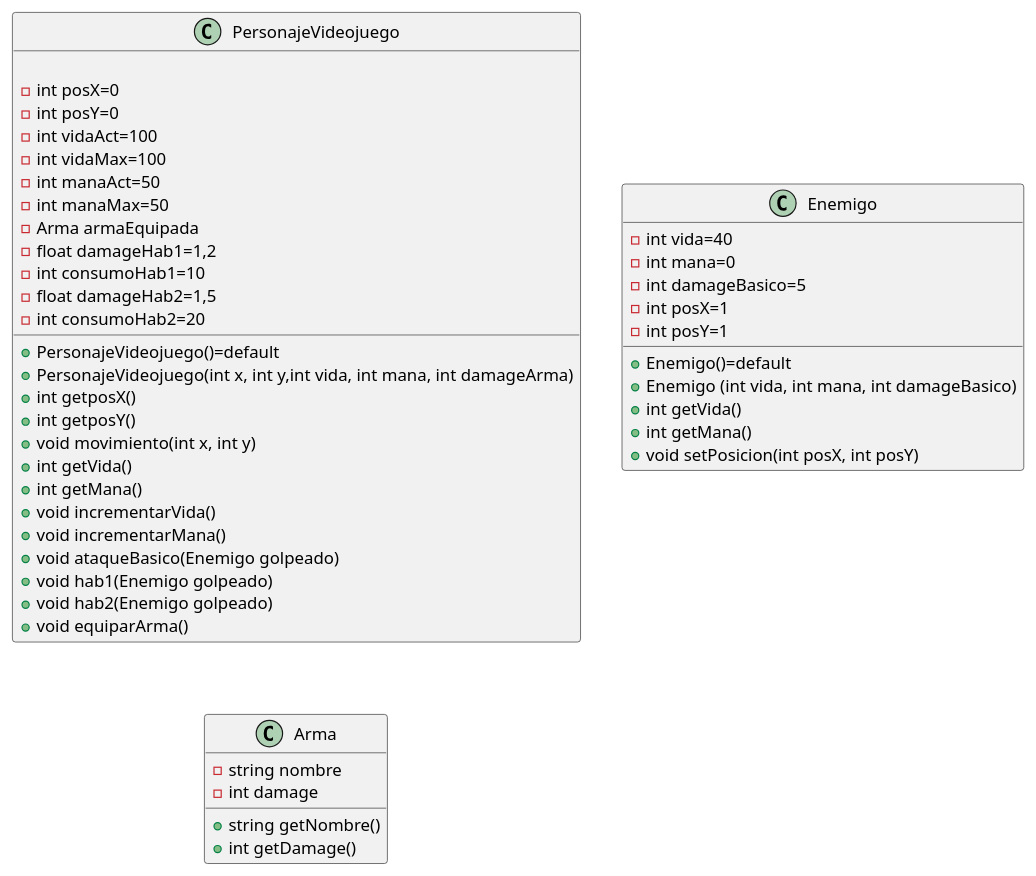
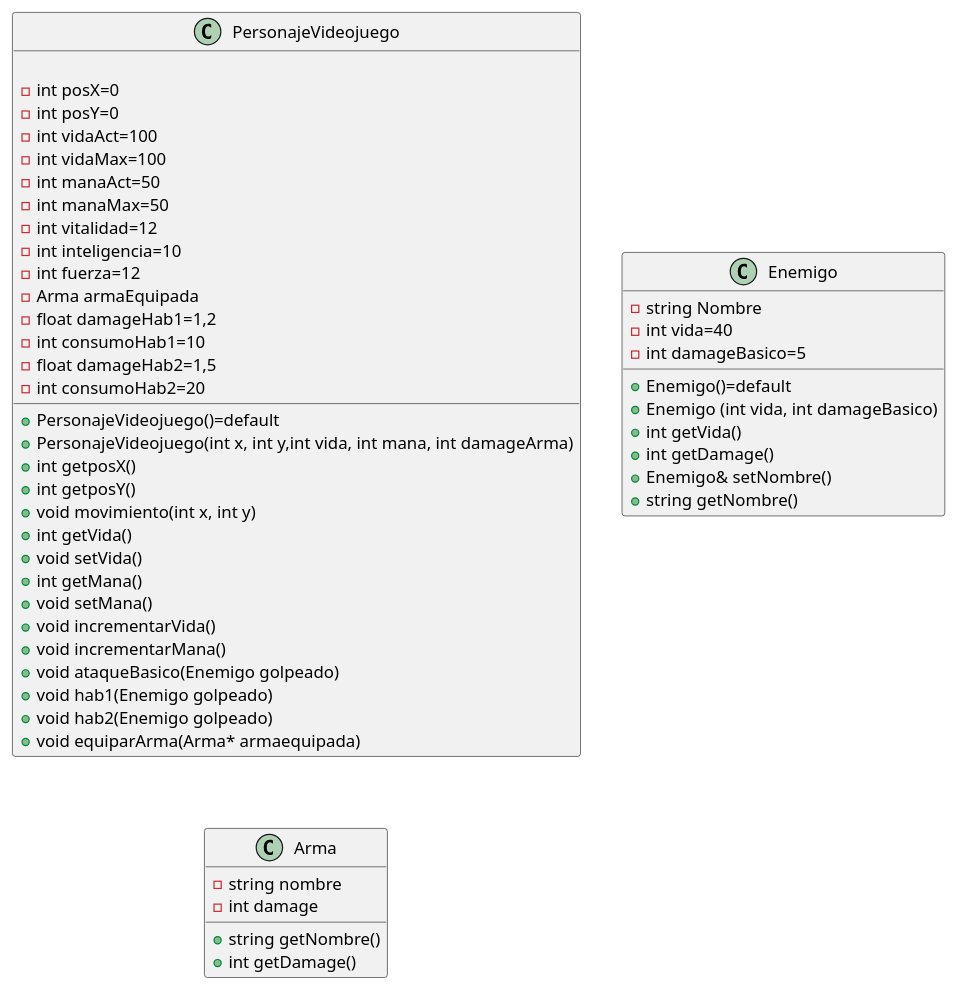
Before and after one commit to Krixtalx/expert-eureka: the diagram in expert-eureka/Diagrama base.puml, drawn with PlantUML. The commit also changed 9 other files, not shown here.

Commit message:
Diagrama UML modificado

```diff
--- a/expert-eureka/Diagrama base.puml
+++ b/expert-eureka/Diagrama base.puml
@@ -1,53 +1,57 @@
 @startuml
 
 class PersonajeVideojuego{
 
     +PersonajeVideojuego()=default
     +PersonajeVideojuego(int x, int y,int vida, int mana, int damageArma)
     +int getposX()
     +int getposY()
     +void movimiento(int x, int y)
     +int getVida()
+    +void setVida()
     +int getMana()
+    +void setMana()
     +void incrementarVida()
     +void incrementarMana()
     +void ataqueBasico(Enemigo golpeado)
     +void hab1(Enemigo golpeado)
     +void hab2(Enemigo golpeado)
-    +void equiparArma()
+    +void equiparArma(Arma* armaequipada)
     
     -int posX=0
     -int posY=0
     -int vidaAct=100
     -int vidaMax=100
     -int manaAct=50
     -int manaMax=50
+    -int vitalidad=12
+    -int inteligencia=10
+    -int fuerza=12
     -Arma armaEquipada
     -float damageHab1=1,2
     -int consumoHab1=10
     -float damageHab2=1,5
     -int consumoHab2=20
 }
 
 class Enemigo{
     +Enemigo()=default
-    +Enemigo (int vida, int mana, int damageBasico)
+    +Enemigo (int vida, int damageBasico)
     +int getVida()
-    +int getMana()
-    +void setPosicion(int posX, int posY)
+    +int getDamage()
+    +Enemigo& setNombre()
+    +string getNombre()
 
+    -string Nombre
     -int vida=40
-    -int mana=0
     -int damageBasico=5
-    -int posX=1
-    -int posY=1
 }
 
 class Arma{
     +string getNombre()
     +int getDamage()
     -string nombre
     -int damage
 }
 
 @enduml
```
